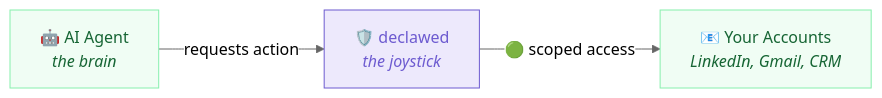
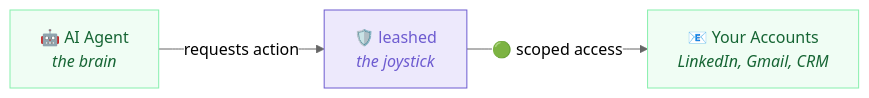
Before and after one commit to dormstern/declawed: the second of 2 diagrams in README.md, drawn with Mermaid (neutral theme). The commit also changed other lines of this file and 20 other files, not shown here.

First line of the commit message:
rebrand: declawed → leashed, Shield → Harness

````diff
--- a/README.md
+++ b/README.md
@@ -181,13 +181,13 @@
 ```mermaid
 flowchart LR
     A["🤖 AI Agent<br/><i>the brain</i>"]
-    S["🛡️ declawed<br/><i>the joystick</i>"]
+    S["🛡️ leashed<br/><i>the joystick</i>"]
     B["📧 Your Accounts<br/><i>LinkedIn, Gmail, CRM</i>"]
 
     A -- "requests action" --> S
     S -- "🟢 scoped access" --> B
 
     style A fill:#f0fdf4,stroke:#86efac,color:#166534
     style S fill:#ede9fc,stroke:#6d5bd0,color:#6d5bd0
     style B fill:#f0fdf4,stroke:#86efac,color:#166534
 ```
````
